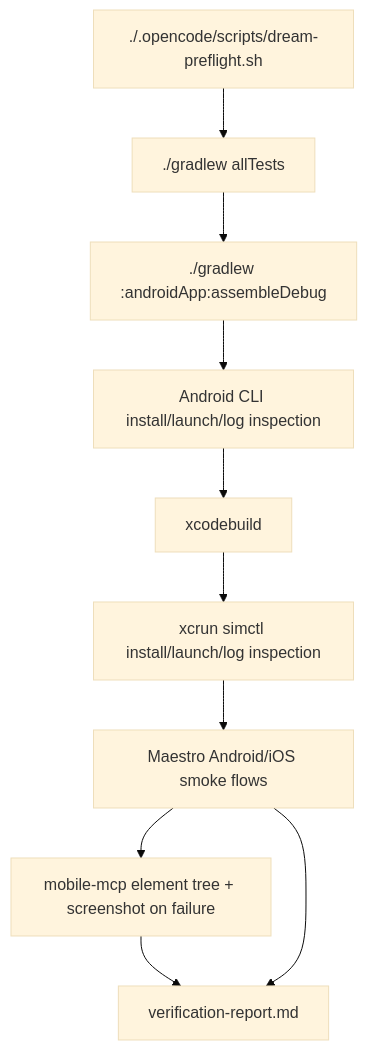
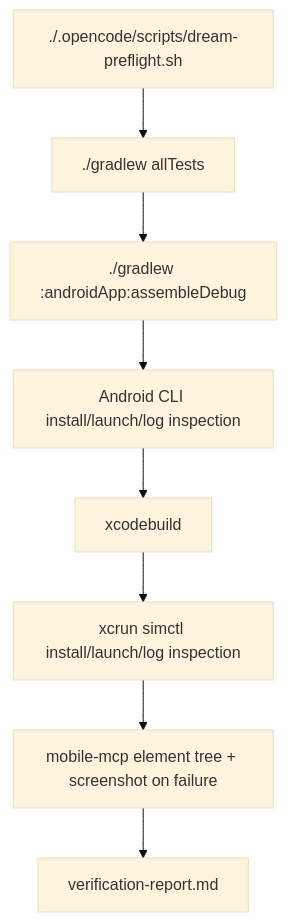
One commit to Helmy2/Dream changed the eighth of 8 diagrams in ONBOARDING.md. Above: the diagram before and after it, drawn with Mermaid (base theme). The commit also changed other lines of this file and 27 other files, not shown here.

````diff
--- a/ONBOARDING.md
+++ b/ONBOARDING.md
@@ -281,12 +281,10 @@
 ```mermaid
 flowchart TD
     Preflight[./.opencode/scripts/dream-preflight.sh] --> Tests[./gradlew allTests]
     Tests --> AndroidBuild[./gradlew :androidApp:assembleDebug]
     AndroidBuild --> AndroidRuntime[Android CLI install/launch/log inspection]
     AndroidRuntime --> IOSBuild[xcodebuild]
     IOSBuild --> IOSRuntime[xcrun simctl install/launch/log inspection]
-    IOSRuntime --> Maestro[Maestro Android/iOS smoke flows]
-    Maestro --> MCP[mobile-mcp element tree + screenshot on failure]
+    IOSRuntime --> MCP[mobile-mcp element tree + screenshot on failure]
     MCP --> Report[verification-report.md]
-    Maestro --> Report
 ```
````
